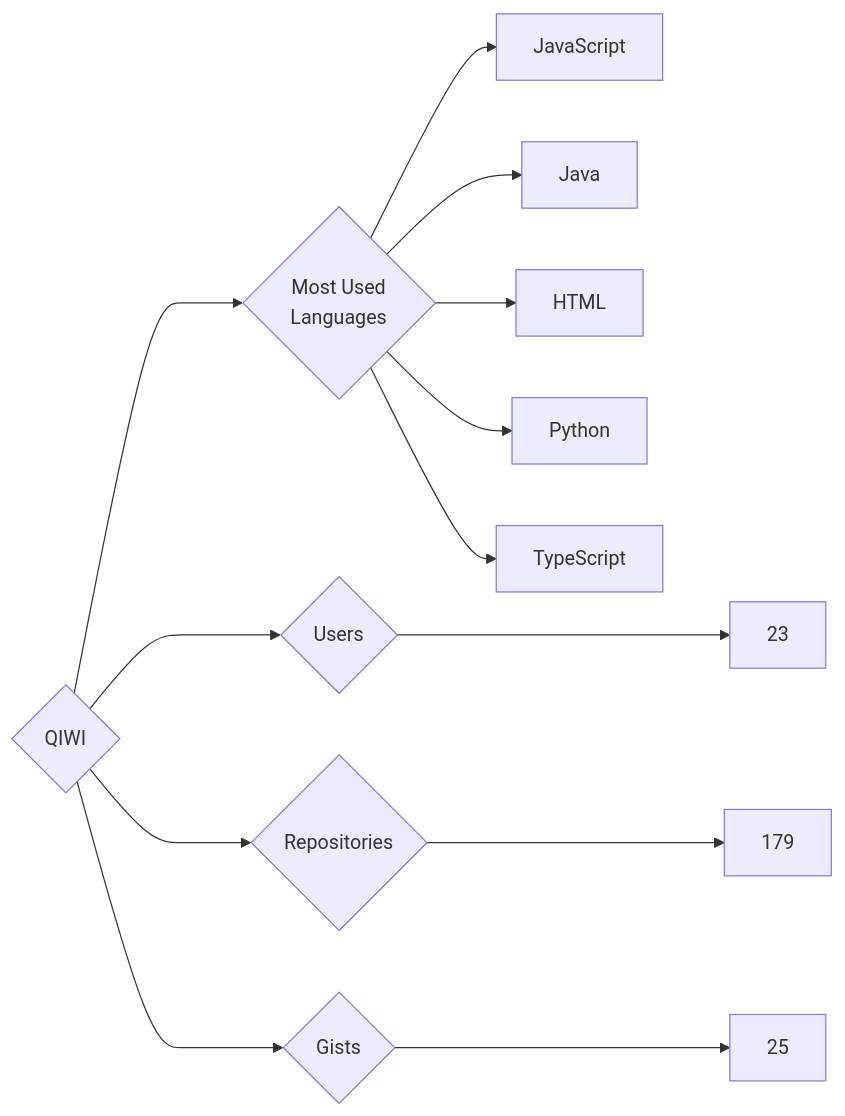
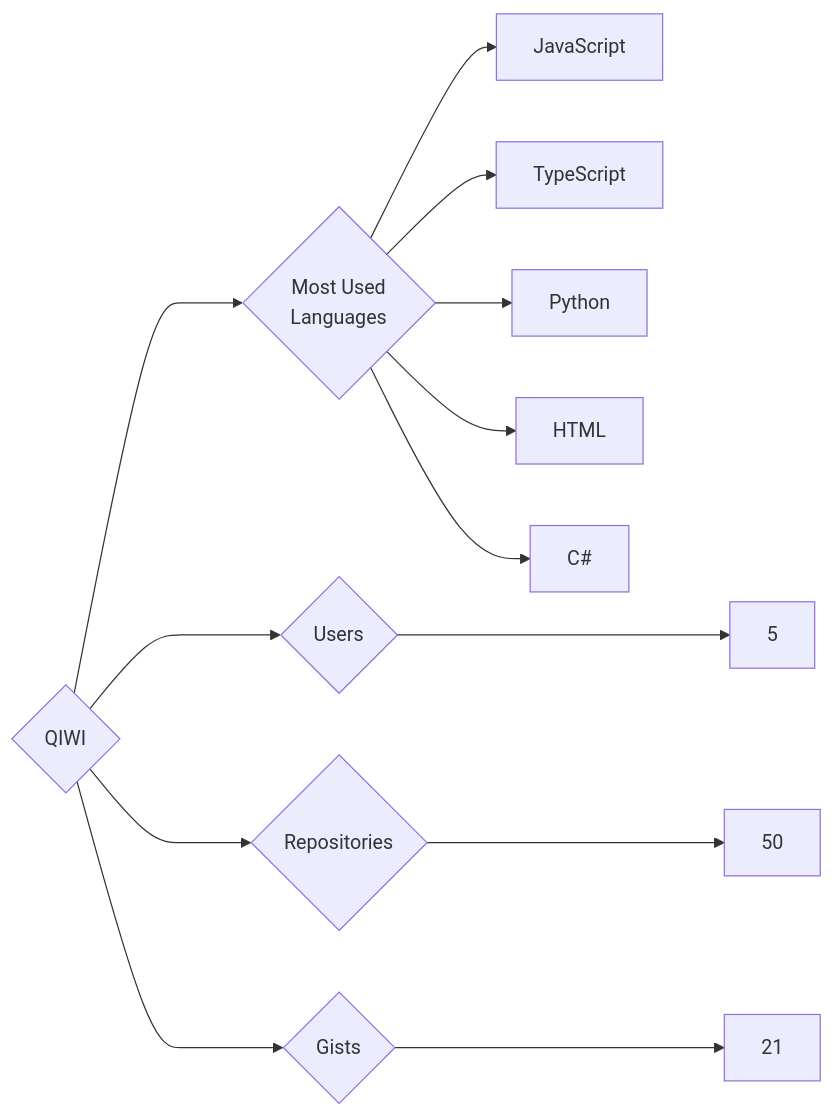
One commit to trickest/insiders changed the diagram in targets/QIWI/README.md. Above: the diagram before and after it, drawn with Mermaid. The commit also changed 972 other files, not shown here.

````diff
--- a/targets/QIWI/README.md
+++ b/targets/QIWI/README.md
@@ -3,13 +3,13 @@
 ```mermaid
 graph LR
 COMPANY_NAME{QIWI}
-COMPANY_NAME ---> U{Users} ---> UN[23]
-COMPANY_NAME ---> R{Repositories} ---> RN[179]
-COMPANY_NAME ---> G{Gists} ---> GN[25]
+COMPANY_NAME ---> U{Users} ---> UN[5]
+COMPANY_NAME ---> R{Repositories} ---> RN[50]
+COMPANY_NAME ---> G{Gists} ---> GN[21]
 COMPANY_NAME ---> ML{Most Used<br>Languages}
 ML --> JavaScript[JavaScript]
-ML --> Java[Java]
+ML --> TypeScript[TypeScript]
+ML --> Python[Python]
 ML --> HTML[HTML]
-ML --> Python[Python]
-ML --> TypeScript[TypeScript]
+ML --> C#[C#]
 ```
````
